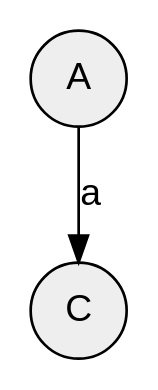
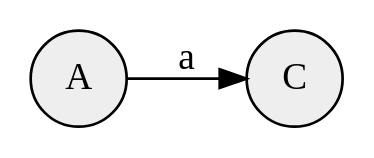
One commit to reina-m/Stage changed the diagram in output/dot/notebook6.dot. Above: the diagram before and after it, drawn with Graphviz. The commit also changed 42 other files, not shown here.

Commit message:
feat(pos): use graphviz positions in json outputs

```diff
--- a/output/dot/notebook6.dot
+++ b/output/dot/notebook6.dot
@@ -1,8 +1,21 @@
 digraph Notebook {
-    rankdir="TB";
-    node [shape=circle, style=filled, fillcolor="#eeeeee", fontname="Helvetica"];
-    edge [fontname="Helvetica"];
-    "cell_0" [label="A", shape="circle", fillcolor="#eeeeee"];
-    "cell_1" [label="C", shape="circle", fillcolor="#eeeeee"];
-    "cell_0" -> "cell_1" [label="a"];
+	graph [bb="0,0,114,36",
+		rankdir=LR
+	];
+	node [fillcolor="#eeeeee",
+		label="\N",
+		shape=circle,
+		style=filled
+	];
+	cell_0	[height=0.5,
+		label=A,
+		pos="18,18",
+		width=0.5];
+	cell_1	[height=0.5,
+		label=C,
+		pos="96,18",
+		width=0.5];
+	cell_0 -> cell_1	[label=a,
+		lp="57,26.25",
+		pos="e,77.56,18 36.246,18 45.122,18 56.179,18 66.298,18"];
 }
```
